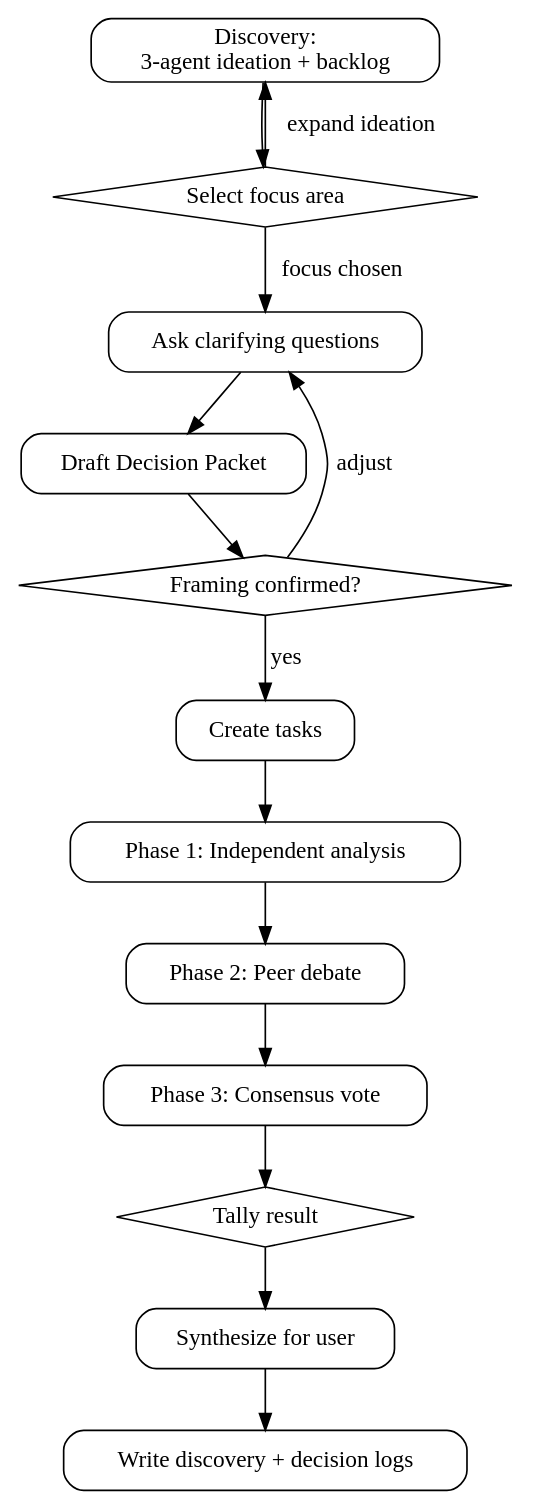
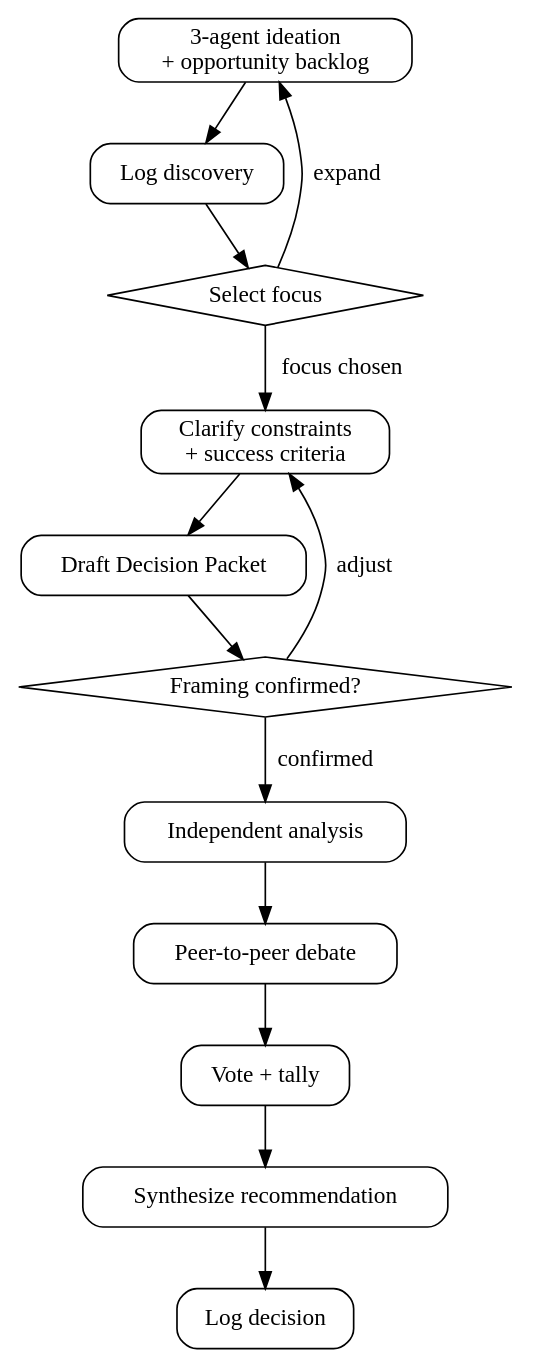
The diagram in skills/magi/SKILL.md (vinta/hal-9000), drawn with Graphviz before and after one commit. The commit also changed other lines of this file and 3 other files, not shown here.

````diff
--- a/skills/magi/SKILL.md
+++ b/skills/magi/SKILL.md
@@ -73,29 +73,28 @@
 ```dot
 digraph magi {
     rankdir=TB;
     node [shape=box, style=rounded];
 
-    discover [label="Discovery:\n3-agent ideation + backlog"];
-    select [label="Select focus area" shape=diamond style=""];
-    clarify [label="Ask clarifying questions"];
+    discover [label="3-agent ideation\n+ opportunity backlog"];
+    disc_log [label="Log discovery"];
+    select [label="Select focus" shape=diamond style=""];
+    clarify [label="Clarify constraints\n+ success criteria"];
     packet [label="Draft Decision Packet"];
     confirm [label="Framing confirmed?" shape=diamond style=""];
-    spawn [label="Create tasks"];
-    analysis [label="Phase 1: Independent analysis"];
-    debate [label="Phase 2: Peer debate"];
-    vote [label="Phase 3: Consensus vote"];
-    tally [label="Tally result" shape=diamond style=""];
-    synth [label="Synthesize for user"];
-    log [label="Write discovery + decision logs"];
+    analysis [label="Independent analysis"];
+    debate [label="Peer-to-peer debate"];
+    vote [label="Vote + tally"];
+    synth [label="Synthesize recommendation"];
+    dec_log [label="Log decision"];
 
-    discover -> select;
-    select -> discover [label="expand ideation"];
+    discover -> disc_log -> select;
+    select -> discover [label="expand"];
     select -> clarify [label="focus chosen"];
     clarify -> packet -> confirm;
     confirm -> clarify [label="adjust"];
-    confirm -> spawn [label="yes"];
-    spawn -> analysis -> debate -> vote -> tally;
-    tally -> synth;
-    synth -> log;
+    confirm -> analysis [label="confirmed"];
+    analysis -> debate -> vote;
+    vote -> synth;
+    synth -> dec_log;
 }
 ```
````
